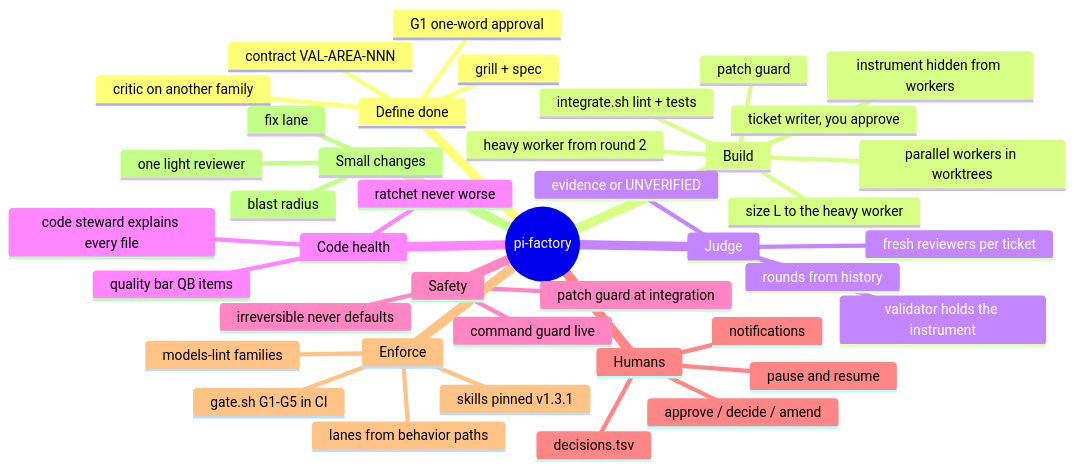
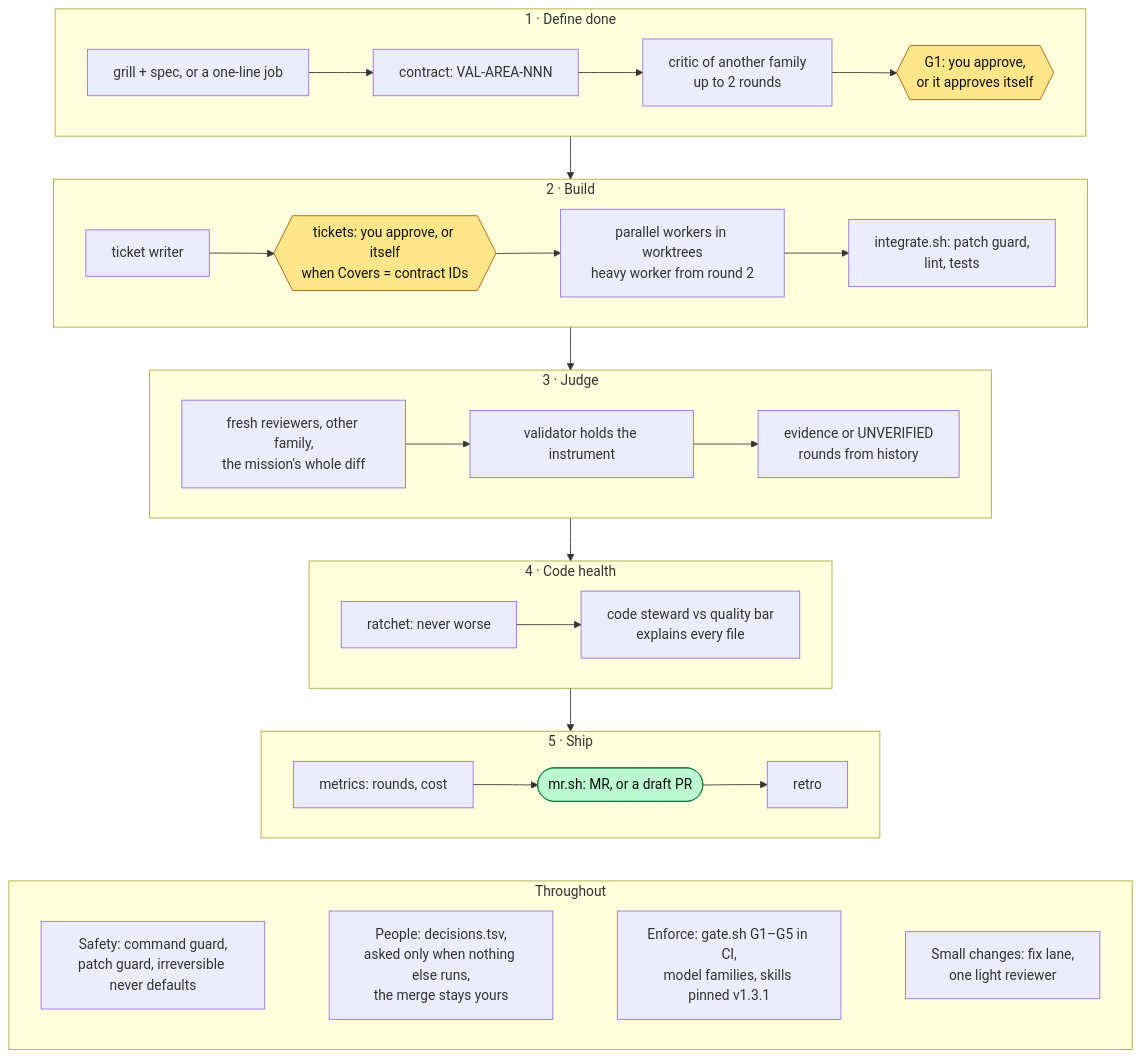
One commit to romad90/pi-factory changed the first of 2 diagrams in README.md. Above: the diagram before and after it, drawn with Mermaid.

Commit message:
docs(readme): the map is a staged flowchart, not a mindmap
The mindmap rendered as cramped bubbles and named the old gates. The map is
now five stages top to bottom, each read left to right, with the gates that
can approve themselves highlighted and a row for what runs throughout.

````diff
--- a/README.md
+++ b/README.md
@@ -59,44 +59,45 @@
 ```mermaid
-mindmap
-  root((pi-factory))
-    Define done
-      grill + spec
-      contract VAL-AREA-NNN
-      critic on another family
-      G1 one-word approval
-    Build
-      ticket writer, you approve
-      size L to the heavy worker
-      parallel workers in worktrees
-      instrument hidden from workers
-      integrate.sh lint + tests
-      patch guard
-      heavy worker from round 2
-    Judge
-      fresh reviewers per ticket
-      validator holds the instrument
-      evidence or UNVERIFIED
-      rounds from history
-    Code health
-      quality bar QB items
-      ratchet never worse
-      code steward explains every file
-    Safety
-      command guard live
-      patch guard at integration
-      irreversible never defaults
-    Humans
-      approve / decide / amend
-      decisions.tsv
-      notifications
-      pause and resume
-    Enforce
-      gate.sh G1-G5 in CI
-      lanes from behavior paths
-      skills pinned v1.3.1
-      models-lint families
-    Small changes
-      fix lane
-      blast radius
-      one light reviewer
+flowchart TB
+    subgraph DEFINE["1 · Define done"]
+        direction LR
+        d1["grill + spec, or a one-line job"] --> d2["contract: VAL-AREA-NNN"]
+        d2 --> d3["critic of another family<br/>up to 2 rounds"]
+        d3 --> d4{{"G1: you approve,<br/>or it approves itself"}}
+    end
+    subgraph BUILD["2 · Build"]
+        direction LR
+        b1["ticket writer"] --> b2{{"tickets: you approve, or itself<br/>when Covers = contract IDs"}}
+        b2 --> b3["parallel workers in worktrees<br/>heavy worker from round 2"]
+        b3 --> b4["integrate.sh: patch guard,<br/>lint, tests"]
+    end
+    subgraph JUDGE["3 · Judge"]
+        direction LR
+        j1["fresh reviewers, other family,<br/>the mission's whole diff"] --> j2["validator holds the instrument"]
+        j2 --> j3["evidence or UNVERIFIED<br/>rounds from history"]
+    end
+    subgraph HEALTH["4 · Code health"]
+        direction LR
+        h1["ratchet: never worse"] --> h2["code steward vs quality bar<br/>explains every file"]
+    end
+    subgraph SHIP["5 · Ship"]
+        direction LR
+        s1["metrics: rounds, cost"] --> s2(["mr.sh: MR, or a draft PR"])
+        s2 --> s3["retro"]
+    end
+    DEFINE --> BUILD --> JUDGE --> HEALTH --> SHIP
+
+    subgraph ALWAYS["Throughout"]
+        direction LR
+        a1["Safety: command guard,<br/>patch guard, irreversible never defaults"]
+        a2["People: decisions.tsv,<br/>asked only when nothing else runs,<br/>the merge stays yours"]
+        a3["Enforce: gate.sh G1–G5 in CI,<br/>model families, skills pinned v1.3.1"]
+        a4["Small changes: fix lane,<br/>one light reviewer"]
+        a1 ~~~ a2 ~~~ a3 ~~~ a4
+    end
+    SHIP ~~~ ALWAYS
+
+    classDef gate fill:#fde68a,stroke:#b45309,color:#111
+    classDef ship fill:#bbf7d0,stroke:#15803d,color:#111
+    class d4,b2 gate
+    class s2 ship
 ```
````
